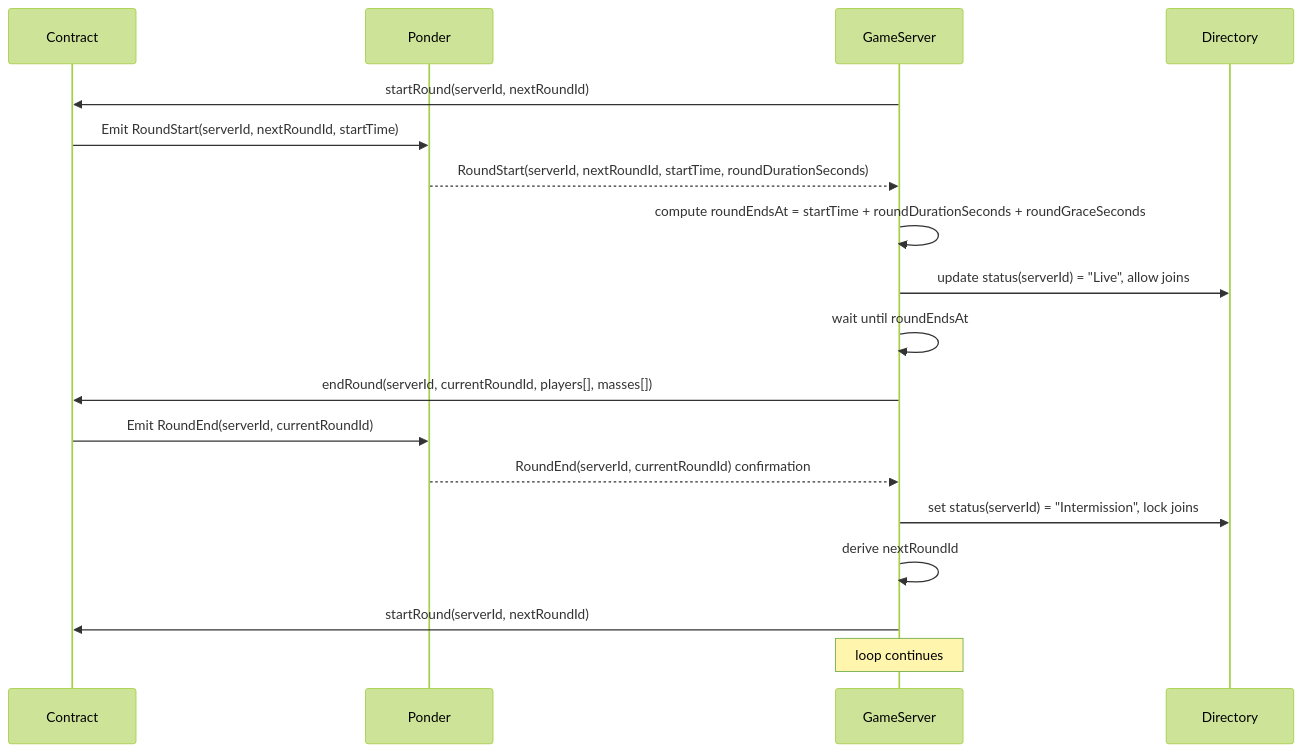
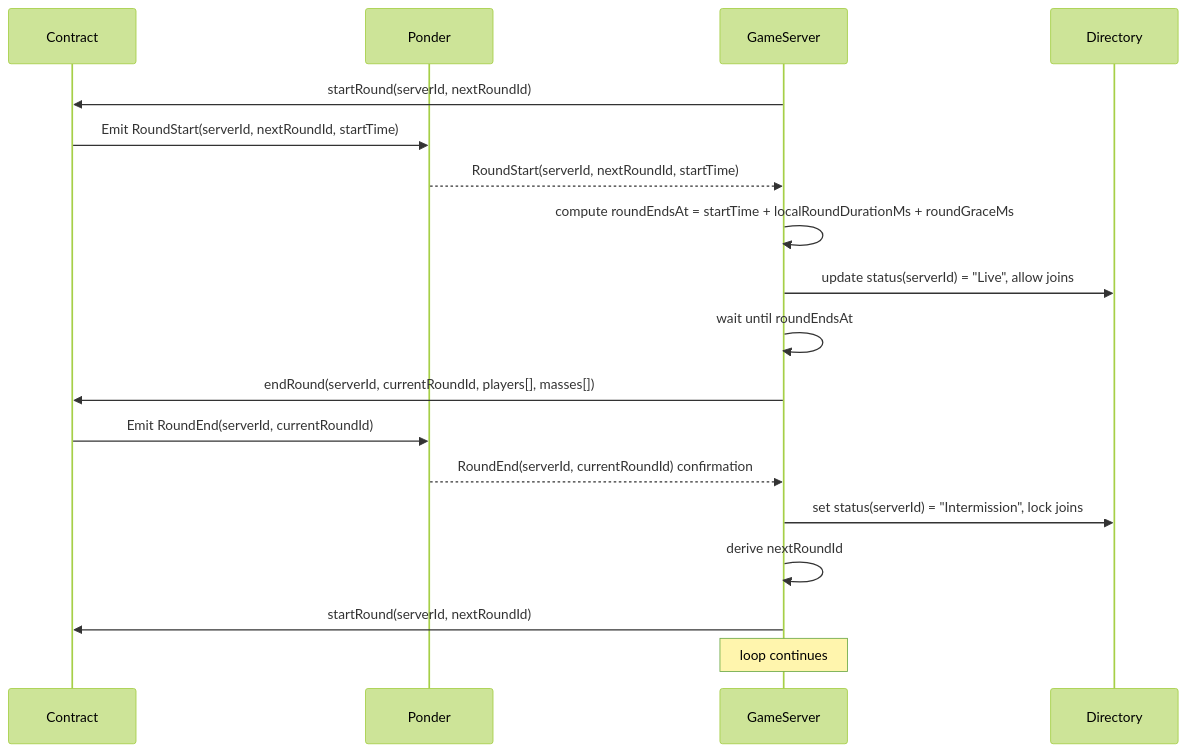
The eighth of 8 diagrams in ARCHITECTURE.md (TheExpandingPolytope/goonverse), drawn with Mermaid (forest theme) before and after one commit. The commit also changed other lines of this file, not shown here.

````diff
--- a/ARCHITECTURE.md
+++ b/ARCHITECTURE.md
@@ -362,21 +366,21 @@
 ```mermaid
 sequenceDiagram
     participant Contract
     participant Ponder
     participant GameServer
     participant Directory
 
     GameServer->>Contract: startRound(serverId, nextRoundId)
     Contract->>Ponder: Emit RoundStart(serverId, nextRoundId, startTime)
-    Ponder-->>GameServer: RoundStart(serverId, nextRoundId, startTime, roundDurationSeconds)
-    GameServer->>GameServer: compute roundEndsAt = startTime + roundDurationSeconds + roundGraceSeconds
+    Ponder-->>GameServer: RoundStart(serverId, nextRoundId, startTime)
+    GameServer->>GameServer: compute roundEndsAt = startTime + localRoundDurationMs + roundGraceMs
     GameServer->>Directory: update status(serverId) = "Live", allow joins
     GameServer->>GameServer: wait until roundEndsAt
     GameServer->>Contract: endRound(serverId, currentRoundId, players[], masses[])
     Contract->>Ponder: Emit RoundEnd(serverId, currentRoundId)
     Ponder-->>GameServer: RoundEnd(serverId, currentRoundId) confirmation
     GameServer->>Directory: set status(serverId) = "Intermission", lock joins
     GameServer->>GameServer: derive nextRoundId
     GameServer->>Contract: startRound(serverId, nextRoundId)
     Note over GameServer: loop continues
 ```
````
